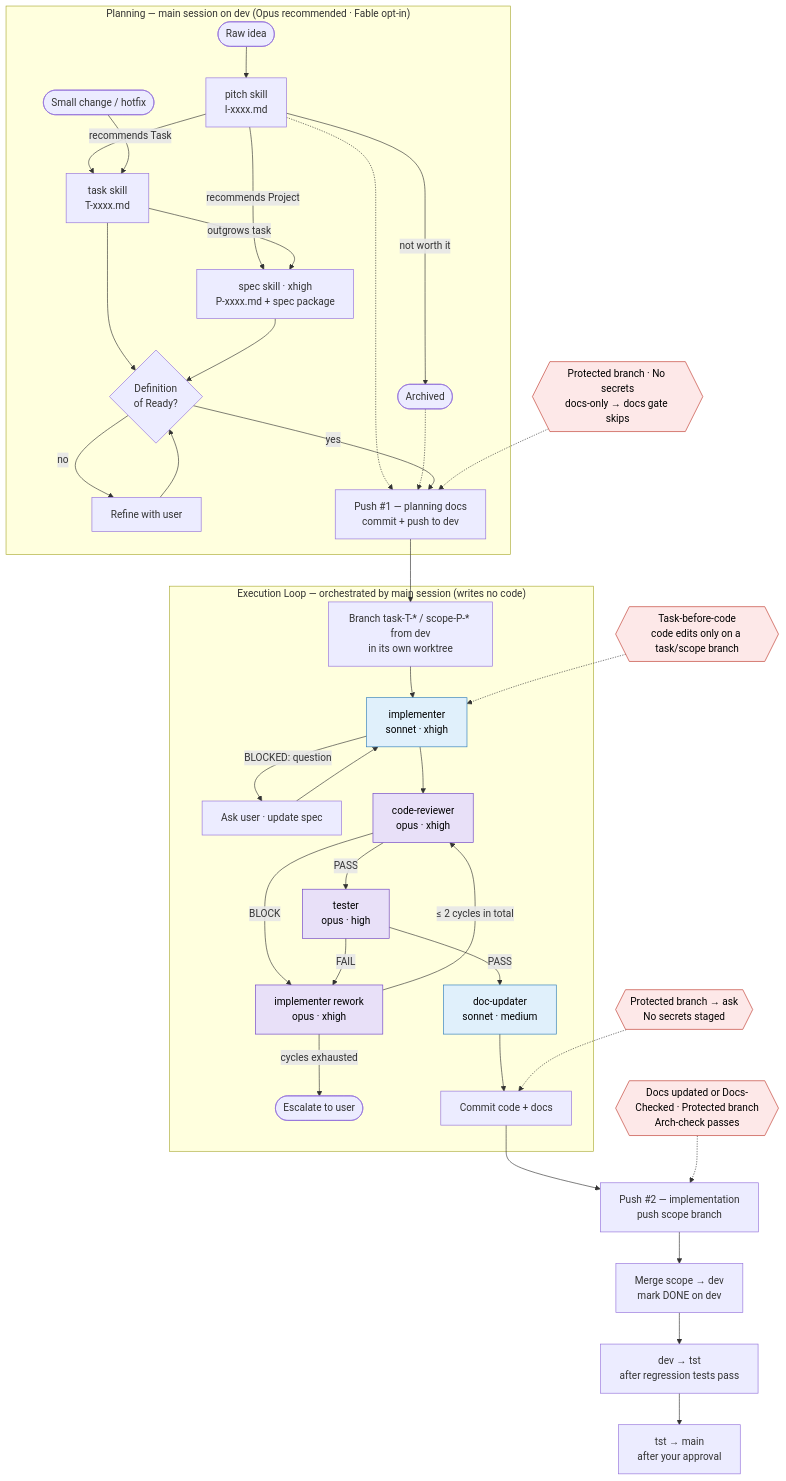
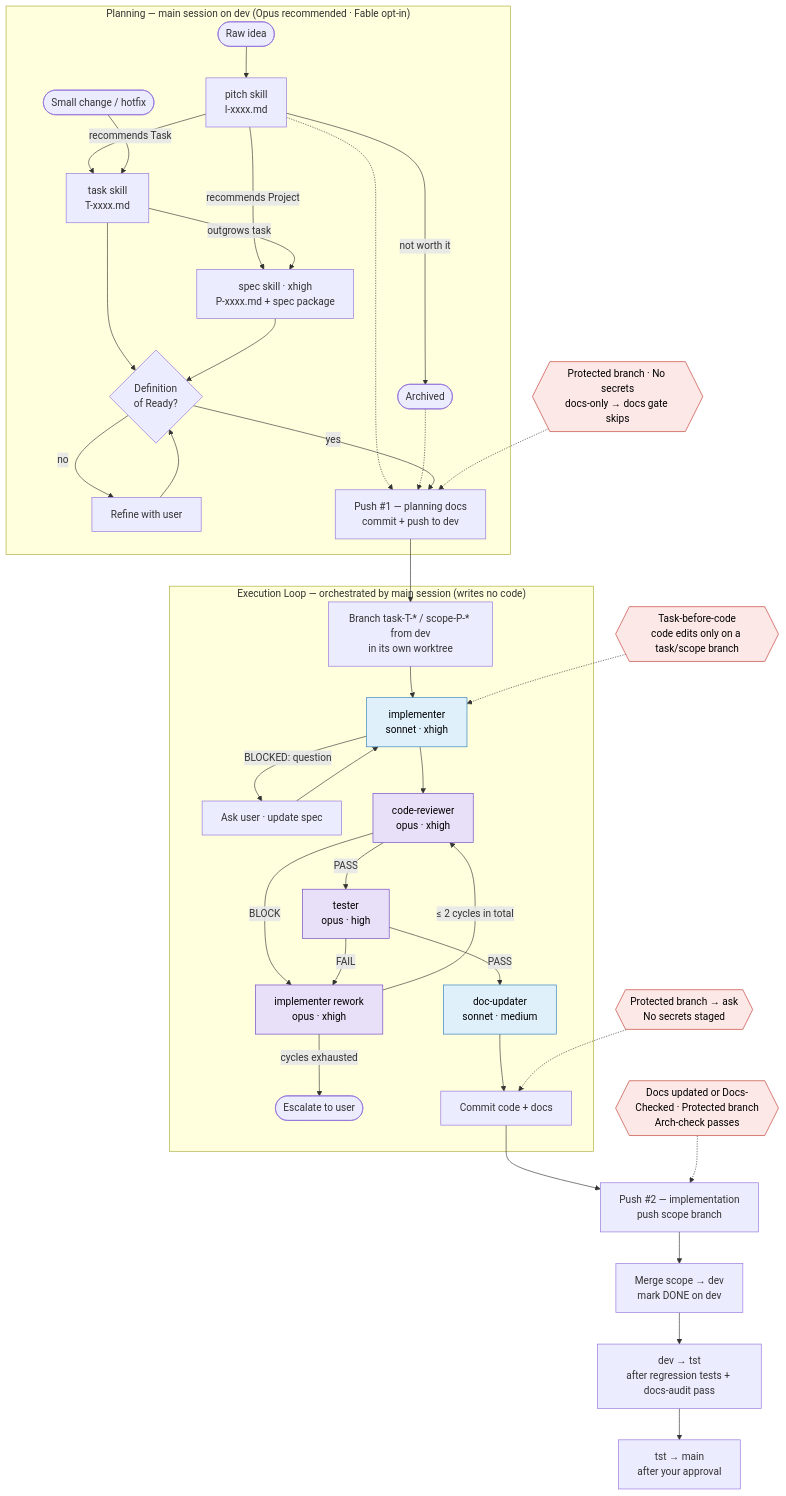
The diagram in README.md (felipe-stanham/ClaudeCodeTemplate), drawn with Mermaid before and after one commit. The commit also changed other lines of this file and 18 other files, not shown here.

````diff
--- a/README.md
+++ b/README.md
@@ -38,49 +39,49 @@
 ```mermaid
 flowchart TD
     subgraph PLAN["Planning — main session on dev (Opus recommended · Fable opt-in)"]
         idea([Raw idea]) --> pitch["pitch skill<br/>I-xxxx.md"]
         pitch -->|not worth it| archived([Archived])
         pitch -->|recommends Task| task["task skill<br/>T-xxxx.md"]
         pitch -->|recommends Project| spec["spec skill · xhigh<br/>P-xxxx.md + spec package"]
         small([Small change / hotfix]) --> task
         task -->|outgrows task| spec
         task --> dor{"Definition<br/>of Ready?"}
         spec --> dor
         dor -->|no| refine["Refine with user"] --> dor
         pitch -.-> pushPlan
         archived -.-> pushPlan
         dor -->|yes| pushPlan["Push #1 — planning docs<br/>commit + push to dev"]
     end
 
     pushPlan --> branch["Branch task-T-* / scope-P-* from dev<br/>in its own worktree"]
 
     subgraph LOOP["Execution Loop — orchestrated by main session (writes no code)"]
         branch --> impl["implementer<br/>sonnet · xhigh"]
         impl -->|"BLOCKED: question"| ask["Ask user · update spec"] --> impl
         impl --> review["code-reviewer<br/>opus · xhigh"]
         review -->|PASS| test["tester<br/>opus · high"]
         review -->|BLOCK| rework["implementer rework<br/>opus · xhigh"]
         test -->|FAIL| rework
         rework -->|"≤ 2 cycles in total"| review
         rework -->|cycles exhausted| escalate([Escalate to user])
         test -->|PASS| docs["doc-updater<br/>sonnet · medium"]
         docs --> commit["Commit code + docs"]
     end
 
     commit --> push["Push #2 — implementation<br/>push scope branch"]
     push --> merge["Merge scope → dev<br/>mark DONE on dev"]
-    merge --> tst["dev → tst<br/>after regression tests pass"]
+    merge --> tst["dev → tst<br/>after regression tests + docs-audit pass"]
     tst --> main["tst → main<br/>after your approval"]
 
     gEdit{{"Task-before-code<br/>code edits only on a task/scope branch"}} -.-> impl
     gCommit{{"Protected branch → ask<br/>No secrets staged"}} -.-> commit
     gPush{{"Docs updated or Docs-Checked · Protected branch<br/>Arch-check passes"}} -.-> push
     gPlan{{"Protected branch · No secrets<br/>docs-only → docs gate skips"}} -.-> pushPlan
 
     classDef gate fill:#fde8e8,stroke:#c0392b,color:#000
     classDef opus fill:#e8e0f8,stroke:#6c3fc5,color:#000
     classDef sonnet fill:#e0f0fb,stroke:#2b7bb9,color:#000
     class gEdit,gCommit,gPush,gPlan gate
     class review,test,rework opus
     class impl,docs sonnet
 ```
````
